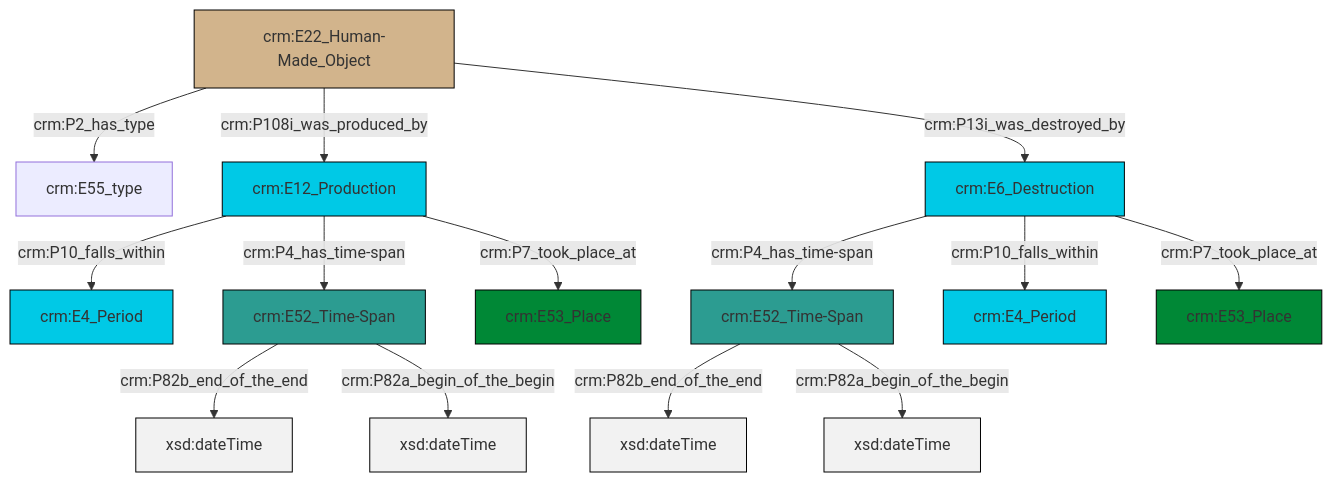
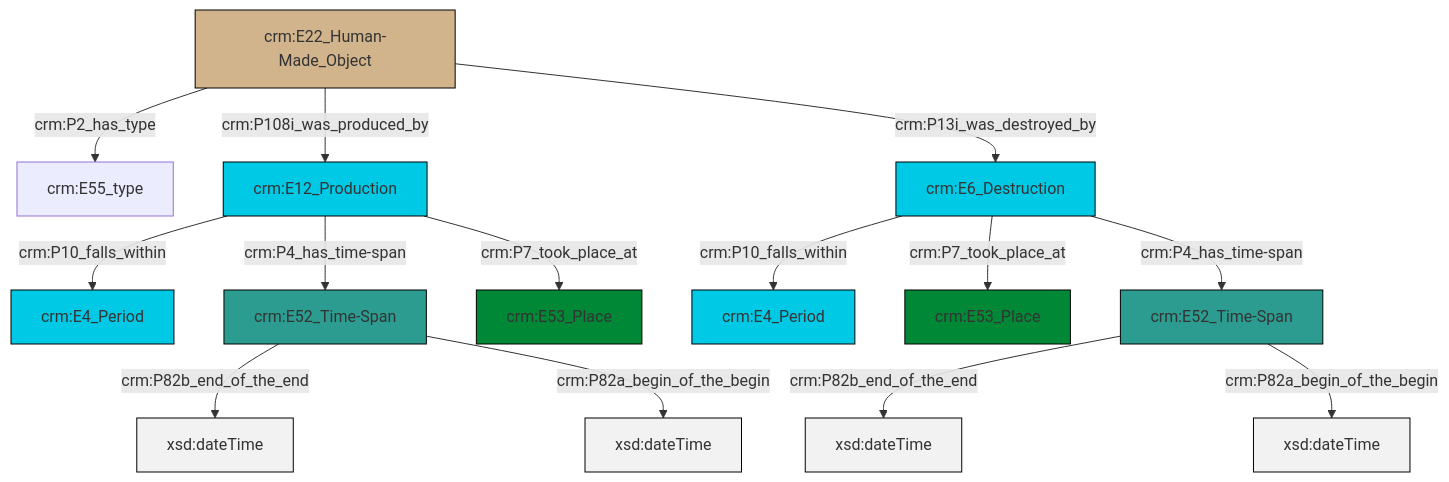
Before and after one commit to swiss-art-research-net/reference-data-models: the diagram in et/artworkCSV/ttl/mmd/Artwork_Existence.ttl.mmd, drawn with Mermaid. The commit also changed 128 other files, not shown here.

```diff
--- a/et/artworkCSV/ttl/mmd/Artwork_Existence.ttl.mmd
+++ b/et/artworkCSV/ttl/mmd/Artwork_Existence.ttl.mmd
@@ -1,28 +1,28 @@
 graph TD
 classDef Literal fill:#f2f2f2,stroke:#000000;
 classDef CRM_Entity fill:#FFFFFF,stroke:#000000;
 classDef Temporal_Entity fill:#00C9E6, stroke:#000000;
 classDef Type fill:#E18312, stroke:#000000;
 classDef Time-Span fill:#2C9C91, stroke:#000000;
 classDef Appellation fill:#FFEB7F, stroke:#000000;
 classDef Place fill:#008836, stroke:#000000;
 classDef Persistent_Item fill:#B266B2, stroke:#000000;
 classDef Conceptual_Object fill:#FFD700, stroke:#000000;
 classDef Physical_Thing fill:#D2B48C, stroke:#000000;
 classDef Actor fill:#f58aad, stroke:#000000;
 classDef PC_Classes fill:#4ce600, stroke:#000000;
 classDef Multi fill:#cccccc,stroke:#000000;
 
-8["crm:E6_Destruction"]:::Temporal_Entity -->|crm:P4_has_time-span| 0["crm:E52_Time-Span"]:::Time-Span
-9["crm:E52_Time-Span"]:::Time-Span -->|crm:P82b_end_of_the_end| 10[xsd:dateTime]:::Literal
-12["crm:E12_Production"]:::Temporal_Entity -->|crm:P10_falls_within| 13["crm:E4_Period"]:::Temporal_Entity
-8["crm:E6_Destruction"]:::Temporal_Entity -->|crm:P10_falls_within| 6["crm:E4_Period"]:::Temporal_Entity
-12["crm:E12_Production"]:::Temporal_Entity -->|crm:P4_has_time-span| 9["crm:E52_Time-Span"]:::Time-Span
-8["crm:E6_Destruction"]:::Temporal_Entity -->|crm:P7_took_place_at| 4["crm:E53_Place"]:::Place
-17["crm:E22_Human-Made_Object"]:::Physical_Thing -->|crm:P2_has_type| 15["crm:E55_type"]:::Default
-0["crm:E52_Time-Span"]:::Time-Span -->|crm:P82b_end_of_the_end| 21[xsd:dateTime]:::Literal
-17["crm:E22_Human-Made_Object"]:::Physical_Thing -->|crm:P108i_was_produced_by| 12["crm:E12_Production"]:::Temporal_Entity
-17["crm:E22_Human-Made_Object"]:::Physical_Thing -->|crm:P13i_was_destroyed_by| 8["crm:E6_Destruction"]:::Temporal_Entity
-12["crm:E12_Production"]:::Temporal_Entity -->|crm:P7_took_place_at| 2["crm:E53_Place"]:::Place
-9["crm:E52_Time-Span"]:::Time-Span -->|crm:P82a_begin_of_the_begin| 22[xsd:dateTime]:::Literal
-0["crm:E52_Time-Span"]:::Time-Span -->|crm:P82a_begin_of_the_begin| 23[xsd:dateTime]:::Literal
+2["crm:E12_Production"]:::Temporal_Entity -->|crm:P10_falls_within| 0["crm:E4_Period"]:::Temporal_Entity
+5["crm:E6_Destruction"]:::Temporal_Entity -->|crm:P10_falls_within| 6["crm:E4_Period"]:::Temporal_Entity
+5["crm:E6_Destruction"]:::Temporal_Entity -->|crm:P7_took_place_at| 3["crm:E53_Place"]:::Place
+13["crm:E22_Human-Made_Object"]:::Physical_Thing -->|crm:P2_has_type| 8["crm:E55_type"]:::Default
+2["crm:E12_Production"]:::Temporal_Entity -->|crm:P4_has_time-span| 14["crm:E52_Time-Span"]:::Time-Span
+14["crm:E52_Time-Span"]:::Time-Span -->|crm:P82b_end_of_the_end| 15[xsd:dateTime]:::Literal
+13["crm:E22_Human-Made_Object"]:::Physical_Thing -->|crm:P108i_was_produced_by| 2["crm:E12_Production"]:::Temporal_Entity
+16["crm:E52_Time-Span"]:::Time-Span -->|crm:P82b_end_of_the_end| 17[xsd:dateTime]:::Literal
+5["crm:E6_Destruction"]:::Temporal_Entity -->|crm:P4_has_time-span| 16["crm:E52_Time-Span"]:::Time-Span
+2["crm:E12_Production"]:::Temporal_Entity -->|crm:P7_took_place_at| 10["crm:E53_Place"]:::Place
+16["crm:E52_Time-Span"]:::Time-Span -->|crm:P82a_begin_of_the_begin| 20[xsd:dateTime]:::Literal
+13["crm:E22_Human-Made_Object"]:::Physical_Thing -->|crm:P13i_was_destroyed_by| 5["crm:E6_Destruction"]:::Temporal_Entity
+14["crm:E52_Time-Span"]:::Time-Span -->|crm:P82a_begin_of_the_begin| 23[xsd:dateTime]:::Literal
```
